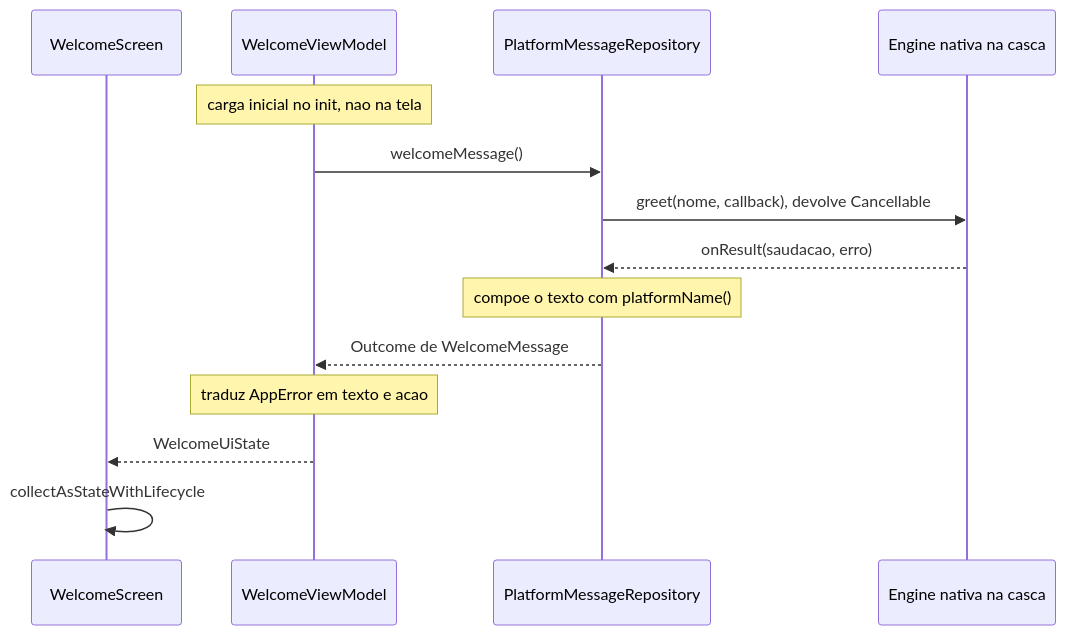
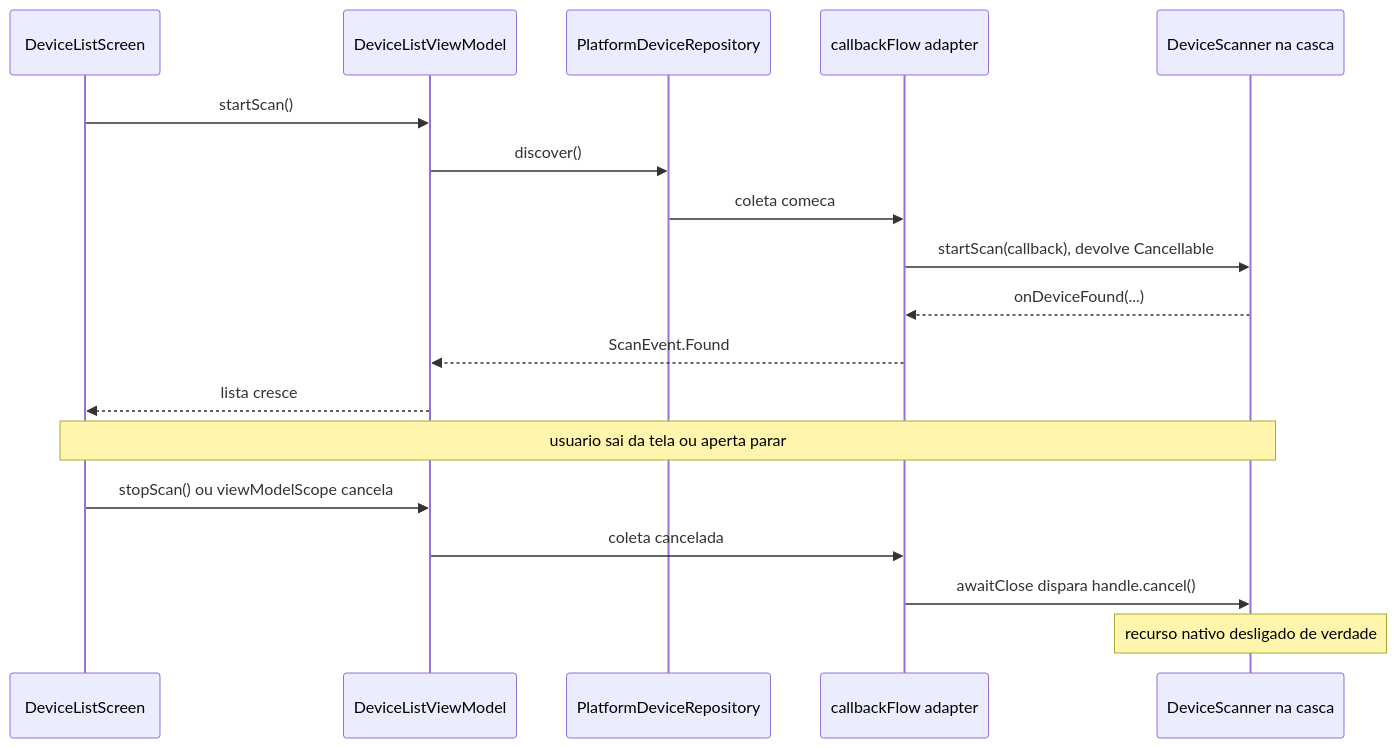
One commit to christianalexandre/kmp-foundation changed the fourth of 4 diagrams in docs/sdd/03_mapa_de_codigo.md. Above: the diagram before and after it, drawn with Mermaid. The commit also changed other lines of this file and 33 other files, not shown here.

````diff
--- a/docs/sdd/03_mapa_de_codigo.md
+++ b/docs/sdd/03_mapa_de_codigo.md
@@ -143,17 +162,22 @@
 ```mermaid
 sequenceDiagram
-    participant UI as WelcomeScreen
-    participant VM as WelcomeViewModel
-    participant Repo as PlatformMessageRepository
-    participant Eng as Engine nativa na casca
+    participant UI as DeviceListScreen
+    participant VM as DeviceListViewModel
+    participant Repo as PlatformDeviceRepository
+    participant Flow as callbackFlow adapter
+    participant Eng as DeviceScanner na casca
 
-    Note over VM: carga inicial no init, nao na tela
-    VM->>Repo: welcomeMessage()
-    Repo->>Eng: greet(nome, callback), devolve Cancellable
-    Eng-->>Repo: onResult(saudacao, erro)
-    Note over Repo: compoe o texto com platformName()
-    Repo-->>VM: Outcome de WelcomeMessage
-    Note over VM: traduz AppError em texto e acao
-    VM-->>UI: WelcomeUiState
-    UI->>UI: collectAsStateWithLifecycle
+    UI->>VM: startScan()
+    VM->>Repo: discover()
+    Repo->>Flow: coleta comeca
+    Flow->>Eng: startScan(callback), devolve Cancellable
+    Eng-->>Flow: onDeviceFound(...)
+    Flow-->>VM: ScanEvent.Found
+    VM-->>UI: lista cresce
+
+    Note over UI,Eng: usuario sai da tela ou aperta parar
+    UI->>VM: stopScan() ou viewModelScope cancela
+    VM->>Flow: coleta cancelada
+    Flow->>Eng: awaitClose dispara handle.cancel()
+    Note over Eng: recurso nativo desligado de verdade
 ```
````
